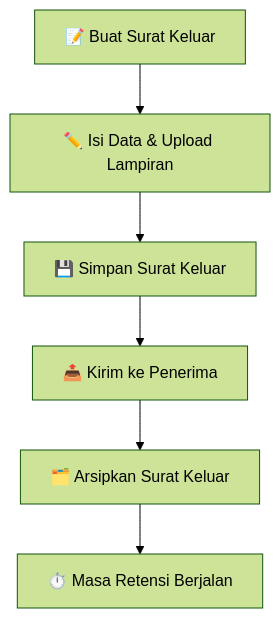
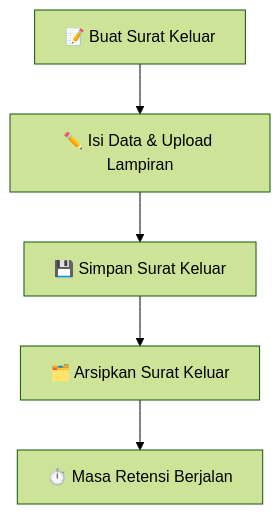
One commit to bayilaras/simsa-atrbpn changed the ninth of 9 diagrams in PANDUAN_PENGGUNAAN_SIMSA.md. Above: the diagram before and after it, drawn with Mermaid (forest theme). The commit also changed other lines of this file, not shown here.

````diff
--- a/PANDUAN_PENGGUNAAN_SIMSA.md
+++ b/PANDUAN_PENGGUNAAN_SIMSA.md
@@ -912,8 +912,7 @@
 ```mermaid
 flowchart TD
     A["📝 Buat Surat Keluar"] --> B["✏️ Isi Data & Upload Lampiran"]
     B --> C["💾 Simpan Surat Keluar"]
-    C --> D["📤 Kirim ke Penerima"]
-    D --> E["🗂️ Arsipkan Surat Keluar"]
+    C --> E["🗂️ Arsipkan Surat Keluar"]
     E --> F["⏱️ Masa Retensi Berjalan"]
 ```
````
